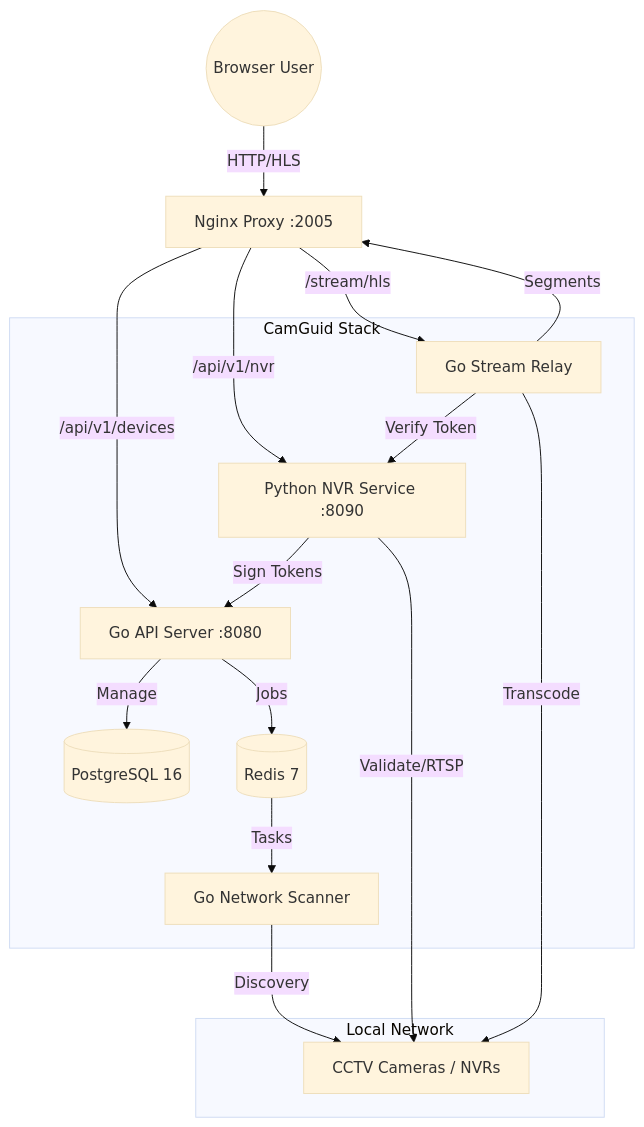
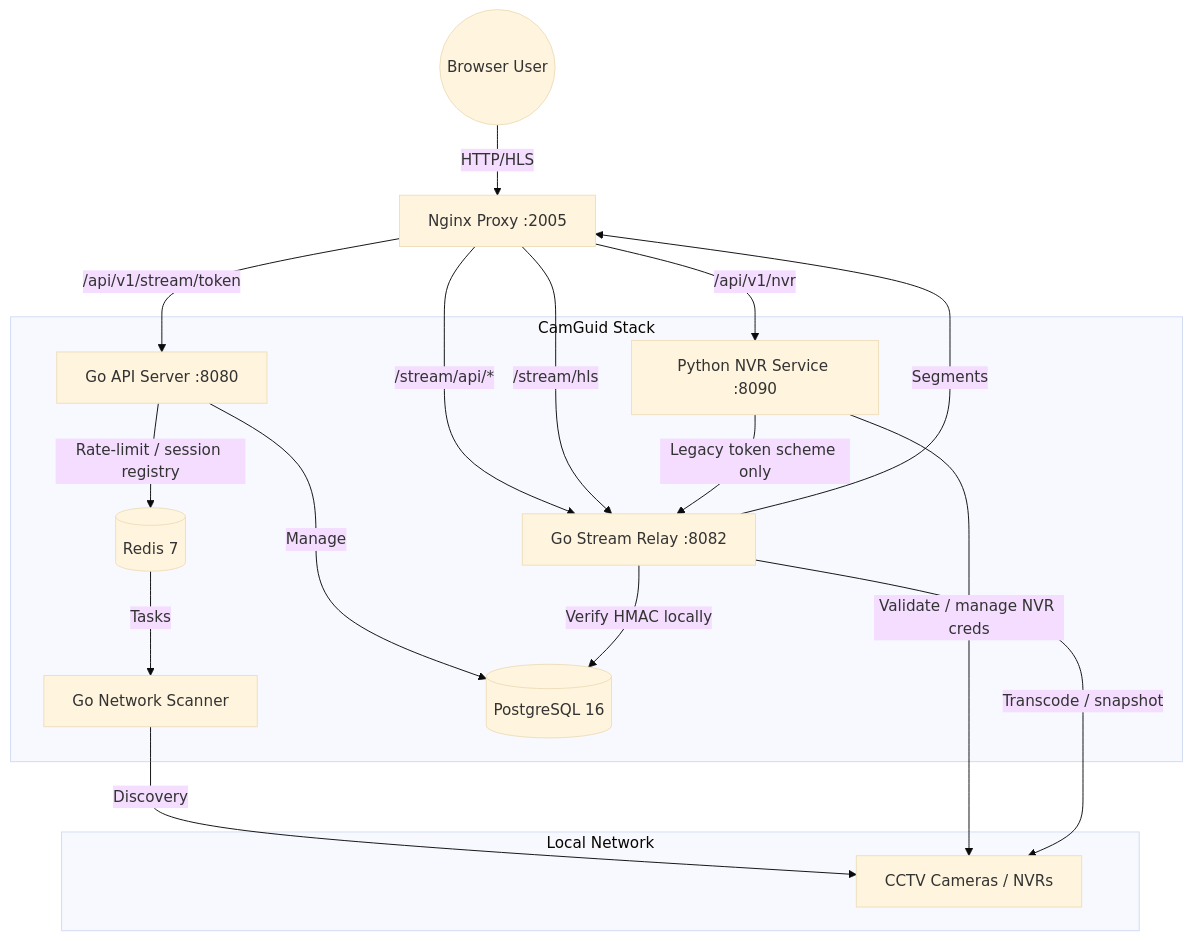
Before and after one commit to cosmic-striker/CameGuid: the diagram in README.md, drawn with Mermaid (base theme). The commit also changed other lines of this file and 1 other file, not shown here.

Commit message:
docs: security hardening (SECURITY.md) + README secrets/token-flow/TLS updates

````diff
--- a/README.md
+++ b/README.md
@@ -9,35 +9,36 @@
 ```mermaid
 graph TD
     User((Browser User))
     Nginx[Nginx Proxy :2005]
-    
+
     subgraph "CamGuid Stack"
         API[Go API Server :8080]
         NVR[Python NVR Service :8090]
         Scanner[Go Network Scanner]
-        Relay[Go Stream Relay]
+        Relay[Go Stream Relay :8082]
         DB[(PostgreSQL 16)]
         Redis[(Redis 7)]
     end
-    
+
     subgraph "Local Network"
         Cams[CCTV Cameras / NVRs]
     end
 
     User -->|HTTP/HLS| Nginx
-    Nginx -->|/api/v1/devices| API
+    Nginx -->|/api/v1/stream/token| API
+    Nginx -->|/stream/api/*| Relay
     Nginx -->|/api/v1/nvr| NVR
     Nginx -->|/stream/hls| Relay
-    
+
     API -->|Manage| DB
-    API -->|Jobs| Redis
+    API -->|Rate-limit / session registry| Redis
     Redis -->|Tasks| Scanner
     Scanner -->|Discovery| Cams
-    
-    NVR -->|Validate/RTSP| Cams
-    NVR -->|Sign Tokens| API
-    
-    Relay -->|Verify Token| NVR
-    Relay -->|Transcode| Cams
+
+    NVR -->|Validate / manage NVR creds| Cams
+    NVR -->|Legacy token scheme only| Relay
+
+    Relay -->|Verify HMAC locally| DB
+    Relay -->|Transcode / snapshot| Cams
     Relay -->|Segments| Nginx
 ```
````
